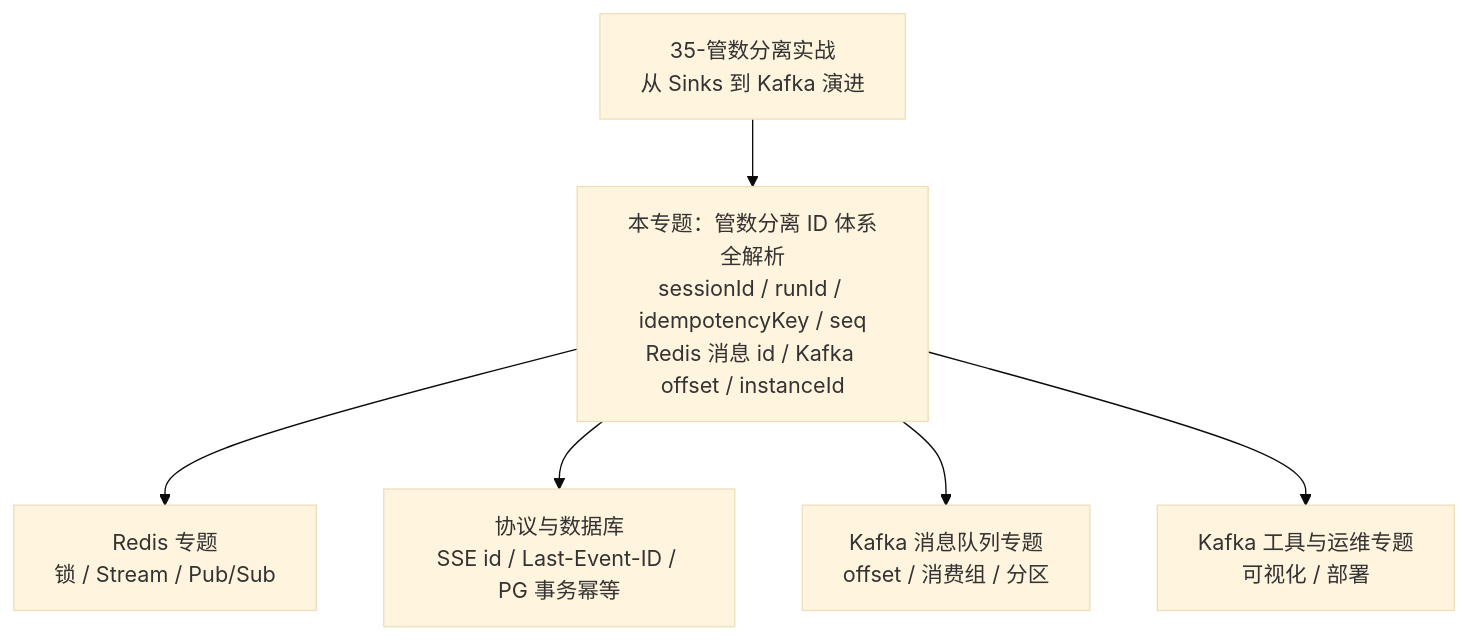
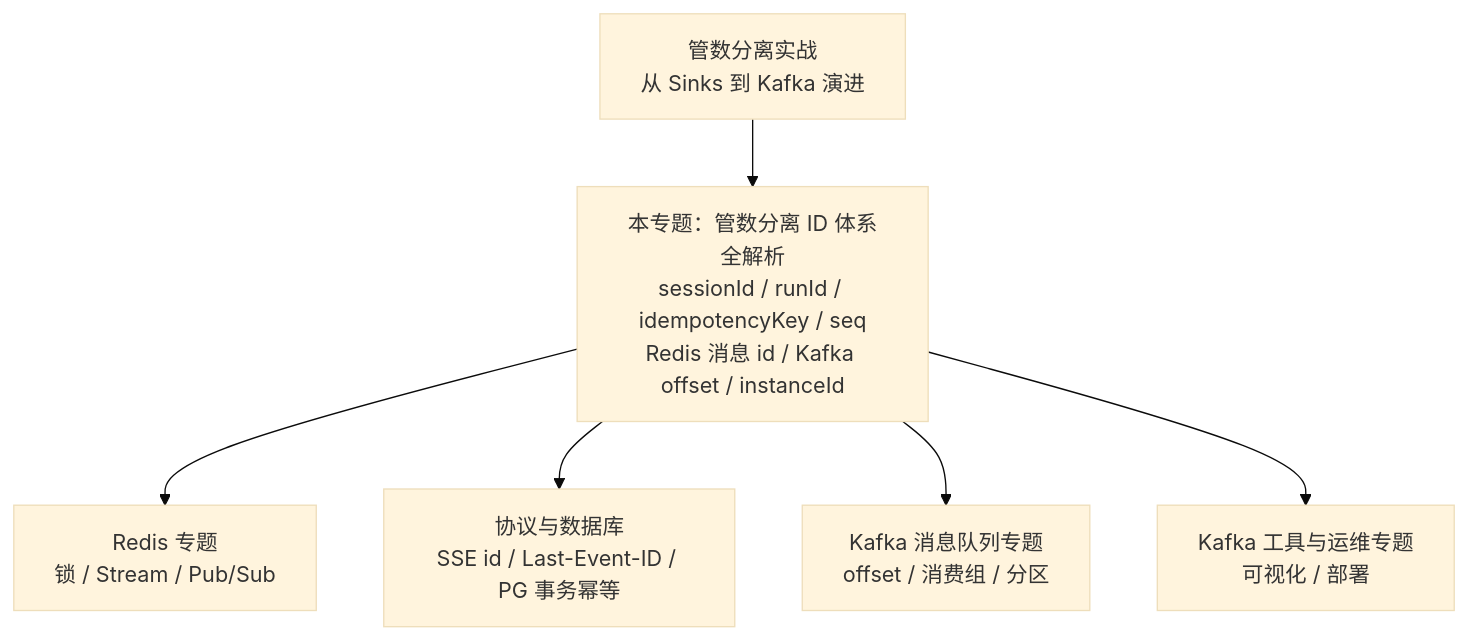
The diagram in docs/附录/管数分离专题/README.md (UranusGit/java-agent-learn), drawn with Mermaid (base theme) before and after one commit. The commit also changed other lines of this file and 184 other files, not shown here.

````diff
--- a/docs/附录/管数分离专题/README.md
+++ b/docs/附录/管数分离专题/README.md
@@ -13,8 +13,8 @@
 ```mermaid
 flowchart TD
-    DOC35["35-管数分离实战<br/>从 Sinks 到 Kafka 演进"] --> IDS["本专题：管数分离 ID 体系全解析<br/>sessionId / runId / idempotencyKey / seq<br/>Redis 消息 id / Kafka offset / instanceId"]
+    DOC35["管数分离实战<br/>从 Sinks 到 Kafka 演进"] --> IDS["本专题：管数分离 ID 体系全解析<br/>sessionId / runId / idempotencyKey / seq<br/>Redis 消息 id / Kafka offset / instanceId"]
     IDS --> REDIS["Redis 专题<br/>锁 / Stream / Pub/Sub"]
     IDS --> PROTO["协议与数据库<br/>SSE id / Last-Event-ID / PG 事务幂等"]
     IDS --> KAFKA["Kafka 消息队列专题<br/>offset / 消费组 / 分区"]
     IDS --> KTOOLS["Kafka 工具与运维专题<br/>可视化 / 部署"]
 ```
````
